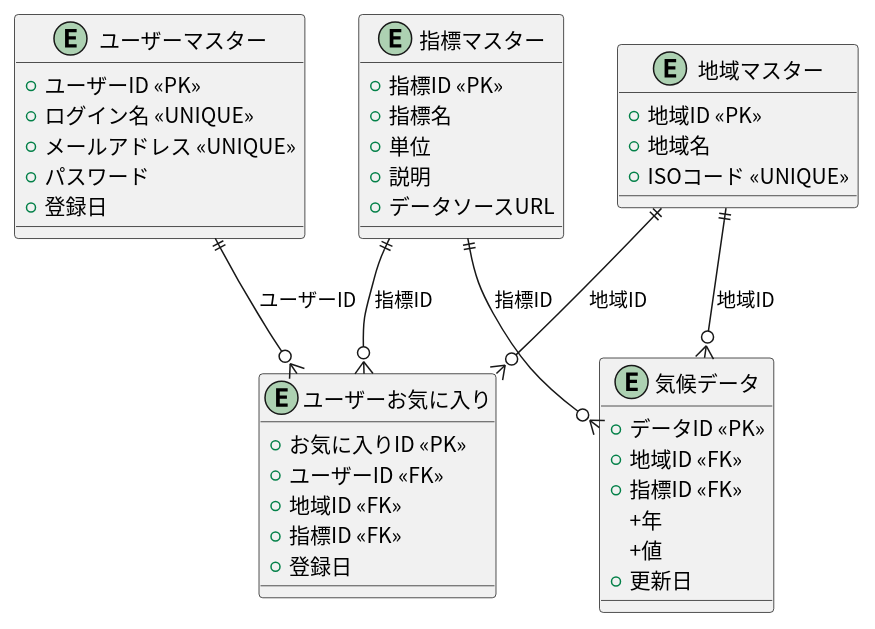
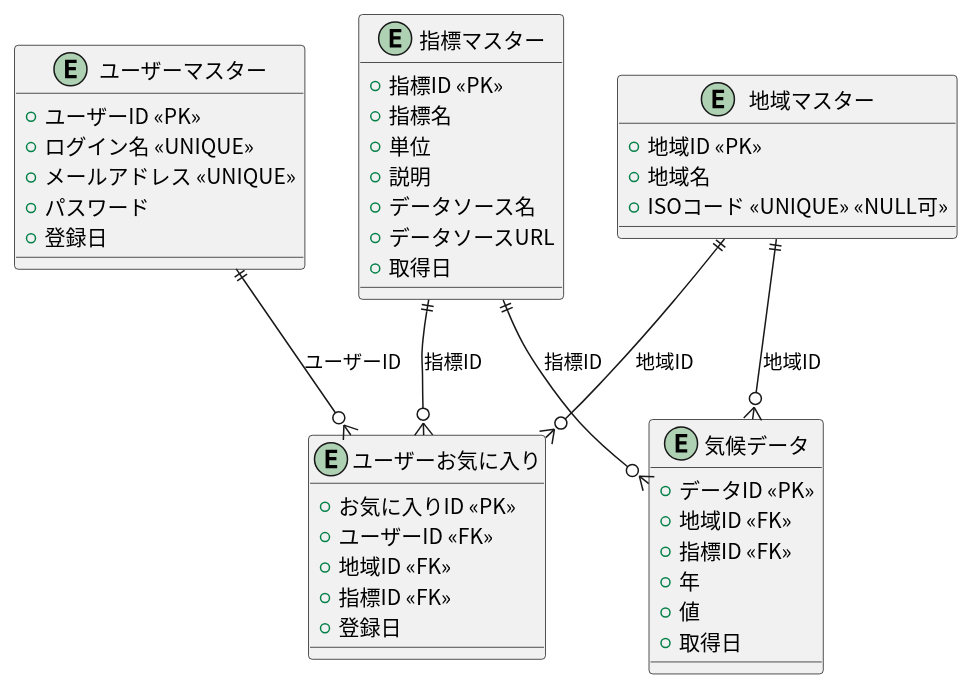
The diagram in docs/er/er.pu (tomoki-shiozaki/climate-change-app), drawn with PlantUML before and after one commit.

Commit message:
docs(ER): update ER diagram

```diff
--- a/docs/er/er.pu
+++ b/docs/er/er.pu
@@ -1,50 +1,52 @@
 @startuml er
 skinparam defaultFontName "Noto Sans CJK JP"
 
 entity "ユーザーマスター" as User {
   +ユーザーID <<PK>>
   +ログイン名 <<UNIQUE>>
   +メールアドレス <<UNIQUE>>
   +パスワード
   +登録日
 }
 
 entity "地域マスター" as Region {
   +地域ID <<PK>>
   +地域名
-  +ISOコード <<UNIQUE>>
+  +ISOコード <<UNIQUE>> <<NULL可>>
 }
 
 entity "指標マスター" as Indicator {
   +指標ID <<PK>>
   +指標名
   +単位
   +説明
+  +データソース名
   +データソースURL
+  +取得日
 }
 
 entity "気候データ" as ClimateData {
   +データID <<PK>>
   +地域ID <<FK>>
   +指標ID <<FK>>
-  +年
-  +値
-  +更新日
+  + 年
+  + 値
+  +取得日
 }
 
 entity "ユーザーお気に入り" as Favorite {
   +お気に入りID <<PK>>
   +ユーザーID <<FK>>
   +地域ID <<FK>>
   +指標ID <<FK>>
   +登録日
 }
 
 Region ||--o{ ClimateData : 地域ID
 Indicator ||--o{ ClimateData : 指標ID
 
 User ||--o{ Favorite : ユーザーID
 Region ||--o{ Favorite : 地域ID
 Indicator ||--o{ Favorite : 指標ID
 
 @enduml
```
